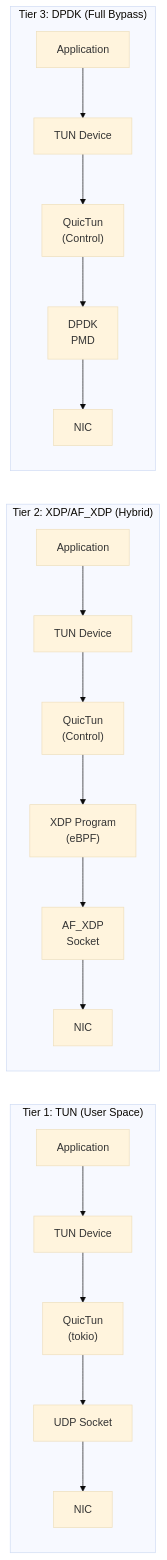
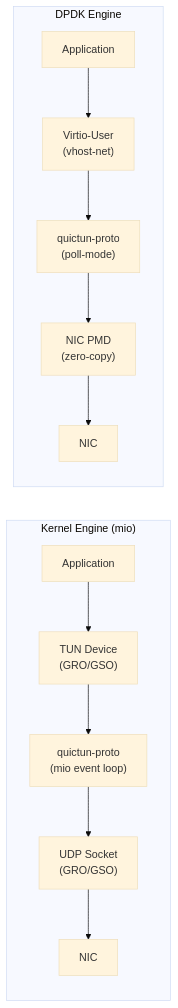
The fourth of 4 diagrams in docs/whitepaper.md (ghatdev/quictun), drawn with Mermaid (base theme) before and after one commit. The commit also changed other lines of this file, not shown here.

First line of the commit message:
update whitepaper v2.0: two-phase architecture, 2-tier engine

````diff
--- a/docs/whitepaper.md
+++ b/docs/whitepaper.md
@@ -596,24 +636,16 @@
 ```mermaid
 graph LR
-    subgraph "Tier 1: TUN (User Space)"
-        T1_APP["Application"] --> T1_TUN["TUN Device"]
-        T1_TUN --> T1_QT["QuicTun<br/>(tokio)"]
-        T1_QT --> T1_UDP["UDP Socket"]
-        T1_UDP --> T1_NIC["NIC"]
+    subgraph "Kernel Engine (mio)"
+        K_APP["Application"] --> K_TUN["TUN Device<br/>(GRO/GSO)"]
+        K_TUN --> K_QT["quictun-proto<br/>(mio event loop)"]
+        K_QT --> K_UDP["UDP Socket<br/>(GRO/GSO)"]
+        K_UDP --> K_NIC["NIC"]
     end
 
-    subgraph "Tier 2: XDP/AF_XDP (Hybrid)"
-        T2_APP["Application"] --> T2_TUN["TUN Device"]
-        T2_TUN --> T2_QT["QuicTun<br/>(Control)"]
-        T2_QT --> T2_XDP["XDP Program<br/>(eBPF)"]
-        T2_XDP --> T2_AFXDP["AF_XDP<br/>Socket"]
-        T2_AFXDP --> T2_NIC["NIC"]
-    end
-
-    subgraph "Tier 3: DPDK (Full Bypass)"
-        T3_APP["Application"] --> T3_TUN["TUN Device"]
-        T3_TUN --> T3_QT["QuicTun<br/>(Control)"]
-        T3_QT --> T3_DPDK["DPDK<br/>PMD"]
-        T3_DPDK --> T3_NIC["NIC"]
+    subgraph "DPDK Engine"
+        D_APP["Application"] --> D_VIO["Virtio-User<br/>(vhost-net)"]
+        D_VIO --> D_QT["quictun-proto<br/>(poll-mode)"]
+        D_QT --> D_PMD["NIC PMD<br/>(zero-copy)"]
+        D_PMD --> D_NIC["NIC"]
     end
 ```
````
